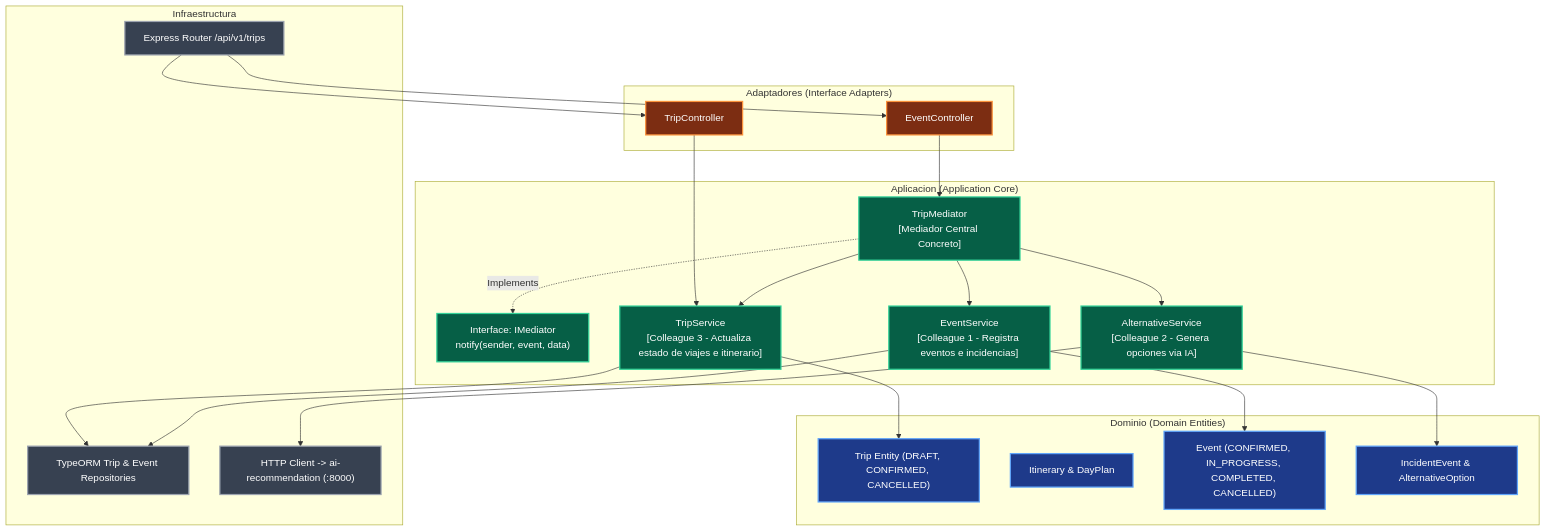
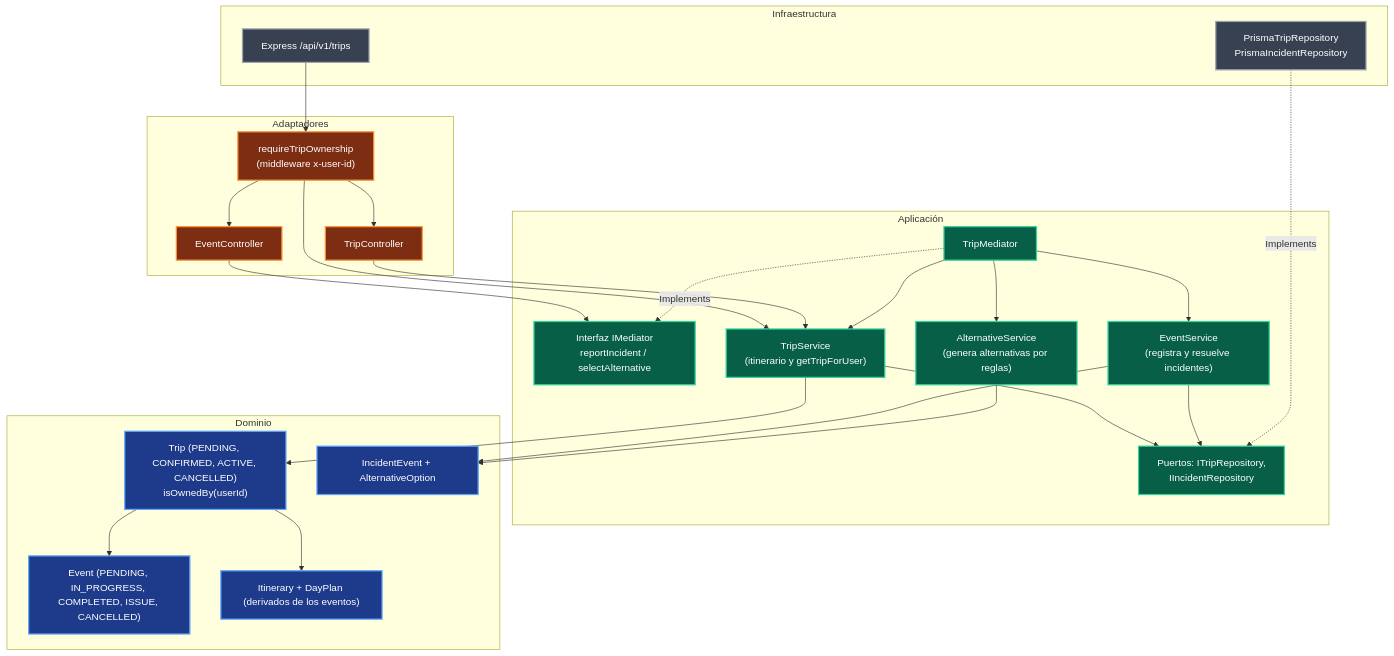
One commit to ALEXYSALCED0/Wayvo changed the sixth of 7 diagrams in docs/c4/c4-level3-components.md. Above: the diagram before and after it, drawn with Mermaid. The commit also changed other lines of this file and 4 other files, not shown here.

````diff
--- a/docs/c4/c4-level3-components.md
+++ b/docs/c4/c4-level3-components.md
@@ -219,55 +307,56 @@
 ```mermaid
 flowchart TD
     classDef domain fill:#1e3a8a,stroke:#60a5fa,stroke-width:2px,color:#ffffff;
     classDef app fill:#065f46,stroke:#34d399,stroke-width:2px,color:#ffffff;
     classDef adapter fill:#7c2d12,stroke:#fb923c,stroke-width:2px,color:#ffffff;
     classDef infra fill:#374151,stroke:#9ca3af,stroke-width:2px,color:#ffffff;
 
     subgraph InfraLayer["Infraestructura"]
-        HTTPRouter["Express Router /api/v1/trips"]:::infra
-        TripDBRepo["TypeORM Trip & Event Repositories"]:::infra
-        AIClient["HTTP Client -> ai-recommendation (:8000)"]:::infra
+        HTTPRouter["Express /api/v1/trips"]:::infra
+        PrismaRepos["PrismaTripRepository<br/>PrismaIncidentRepository"]:::infra
     end
 
-    subgraph AdapterLayer["Adaptadores (Interface Adapters)"]
+    subgraph AdapterLayer["Adaptadores"]
+        Ownership["requireTripOwnership<br/>(middleware x-user-id)"]:::adapter
         TripController["TripController"]:::adapter
         EventController["EventController"]:::adapter
     end
 
-    subgraph AppLayer["Aplicacion (Application Core)"]
-        IMediator["Interface: IMediator<br/>notify(sender, event, data)"]:::app
-        TripMediator["TripMediator<br/>[Mediador Central Concreto]"]:::app
-        
-        %% Colegas
-        EventService["EventService<br/>[Colleague 1 - Registra eventos e incidencias]"]:::app
-        AlternativeService["AlternativeService<br/>[Colleague 2 - Genera opciones via IA]"]:::app
-        TripService["TripService<br/>[Colleague 3 - Actualiza estado de viajes e itinerario]"]:::app
+    subgraph AppLayer["Aplicación"]
+        IMediator["Interfaz IMediator<br/>reportIncident / selectAlternative"]:::app
+        TripMediator["TripMediator"]:::app
+        EventService["EventService<br/>(registra y resuelve incidentes)"]:::app
+        AlternativeService["AlternativeService<br/>(genera alternativas por reglas)"]:::app
+        TripService["TripService<br/>(itinerario y getTripForUser)"]:::app
+        RepoPorts["Puertos: ITripRepository,<br/>IIncidentRepository"]:::app
     end
 
-    subgraph DomainLayer["Dominio (Domain Entities)"]
-        TripEntity["Trip Entity (DRAFT, CONFIRMED, CANCELLED)"]:::domain
-        ItineraryEntity["Itinerary & DayPlan"]:::domain
-        EventEntity["Event (CONFIRMED, IN_PROGRESS, COMPLETED, CANCELLED)"]:::domain
-        IncidentEntity["IncidentEvent & AlternativeOption"]:::domain
+    subgraph DomainLayer["Dominio"]
+        TripEntity["Trip (PENDING, CONFIRMED, ACTIVE, CANCELLED)<br/>isOwnedBy(userId)"]:::domain
+        EventEntity["Event (PENDING, IN_PROGRESS, COMPLETED, ISSUE, CANCELLED)"]:::domain
+        IncidentEntity["IncidentEvent + AlternativeOption"]:::domain
+        ItineraryEntity["Itinerary + DayPlan (derivados de los eventos)"]:::domain
     end
 
-    %% Conexiones
-    HTTPRouter --> TripController
-    HTTPRouter --> EventController
+    HTTPRouter --> Ownership
+    Ownership --> TripController
+    Ownership --> EventController
+    Ownership --> TripService
 
     TripController --> TripService
-    EventController --> TripMediator
-
+    EventController --> IMediator
     TripMediator -.->|Implements| IMediator
     TripMediator --> EventService
     TripMediator --> AlternativeService
     TripMediator --> TripService
 
-    AlternativeService --> AIClient
-    TripService --> TripDBRepo
-    EventService --> TripDBRepo
+    TripService --> RepoPorts
+    EventService --> RepoPorts
+    PrismaRepos -.->|Implements| RepoPorts
 
     TripService --> TripEntity
-    EventService --> EventEntity
+    TripEntity --> EventEntity
+    TripEntity --> ItineraryEntity
+    EventService --> IncidentEntity
     AlternativeService --> IncidentEntity
 ```
````
